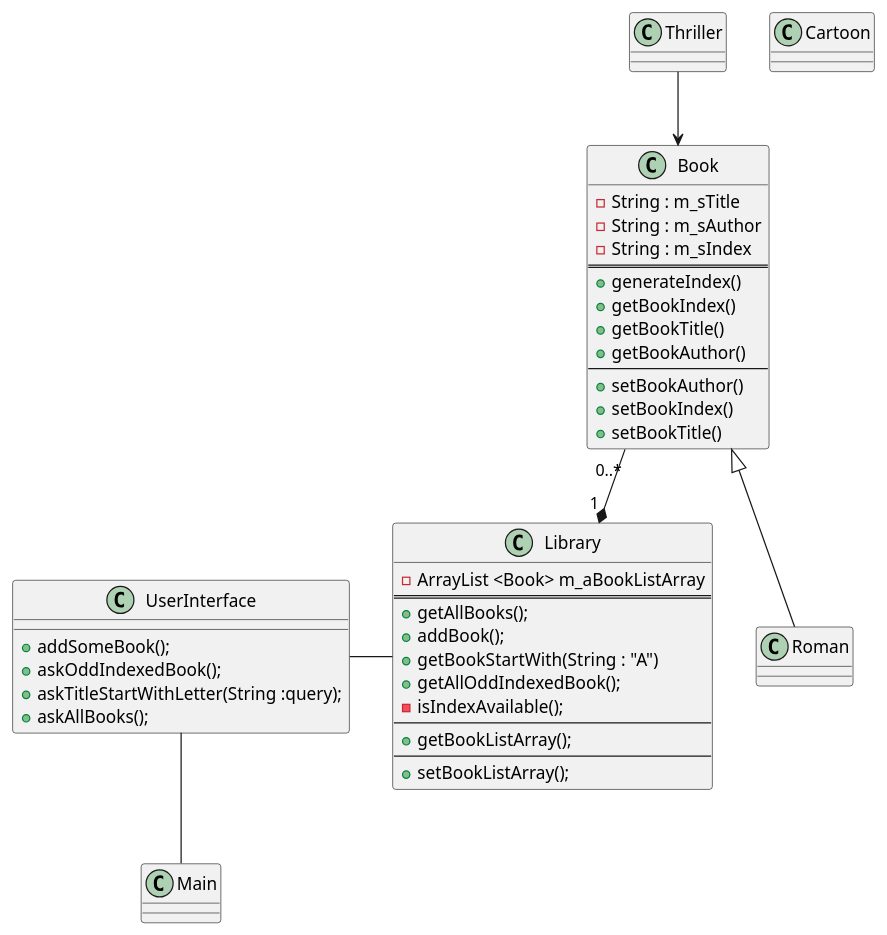
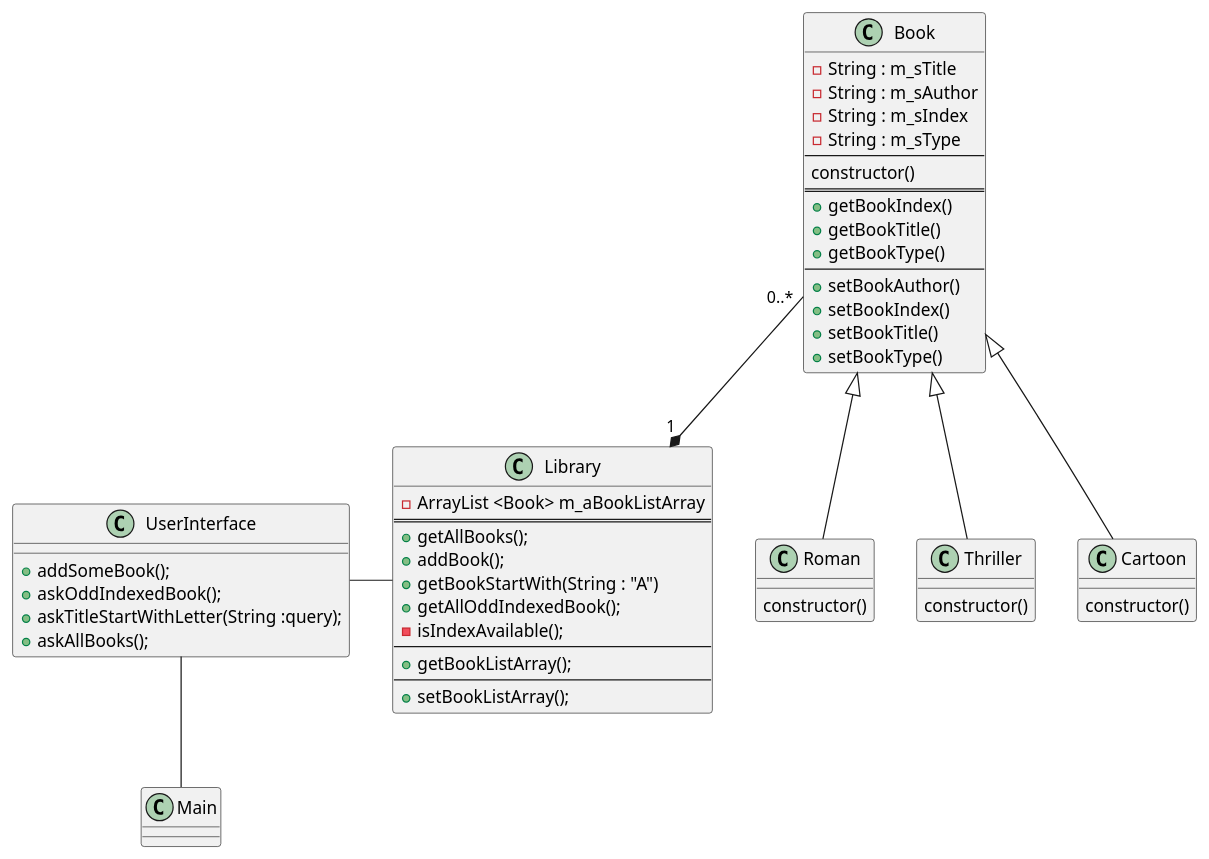
The diagram in out/production/Bibliotheque/com/company/classDiagramm.puml (tankarasu/bibliotheque_exo_JAVA_ITESCIA), drawn with PlantUML before and after one commit. The commit also changed 17 other files, not shown here.

```diff
--- a/out/production/Bibliotheque/com/company/classDiagramm.puml
+++ b/out/production/Bibliotheque/com/company/classDiagramm.puml
@@ -1,52 +1,62 @@
 @startuml
 
 class Book{
 - String : m_sTitle
 - String : m_sAuthor
 - String : m_sIndex
+- String : m_sType
+--
+constructor()
 ==
-+ generateIndex()
 + getBookIndex()
 + getBookTitle()
-+ getBookAuthor()
++ getBookType()
 --
 + setBookAuthor()
 + setBookIndex()
 + setBookTitle()
++ setBookType()
 }
 
 Book "0..*" --* "1 " Library
 
 class Library{
 - ArrayList <Book> m_aBookListArray
 ==
 + getAllBooks();
 + addBook();
 + getBookStartWith(String : "A")
 + getAllOddIndexedBook();
 - isIndexAvailable();
 --
 + getBookListArray();
 --
 + setBookListArray();
 }
 
 class UserInterface{
 + addSomeBook();
 + askOddIndexedBook();
 + askTitleStartWithLetter(String :query);
 + askAllBooks();
 }
 
-class Roman extends Book{}
-class Thriller {}
-Thriller --> Book
-class Cartoon{}
+class Roman extends Book{
+constructor()
+}
+
+class Thriller extends Book {
+constructor()
+}
+
+class Cartoon extends Book{
+constructor()
+}
 
 class Main{
 
 }
 
 UserInterface  - Library
 UserInterface -- Main
 @enduml
```
